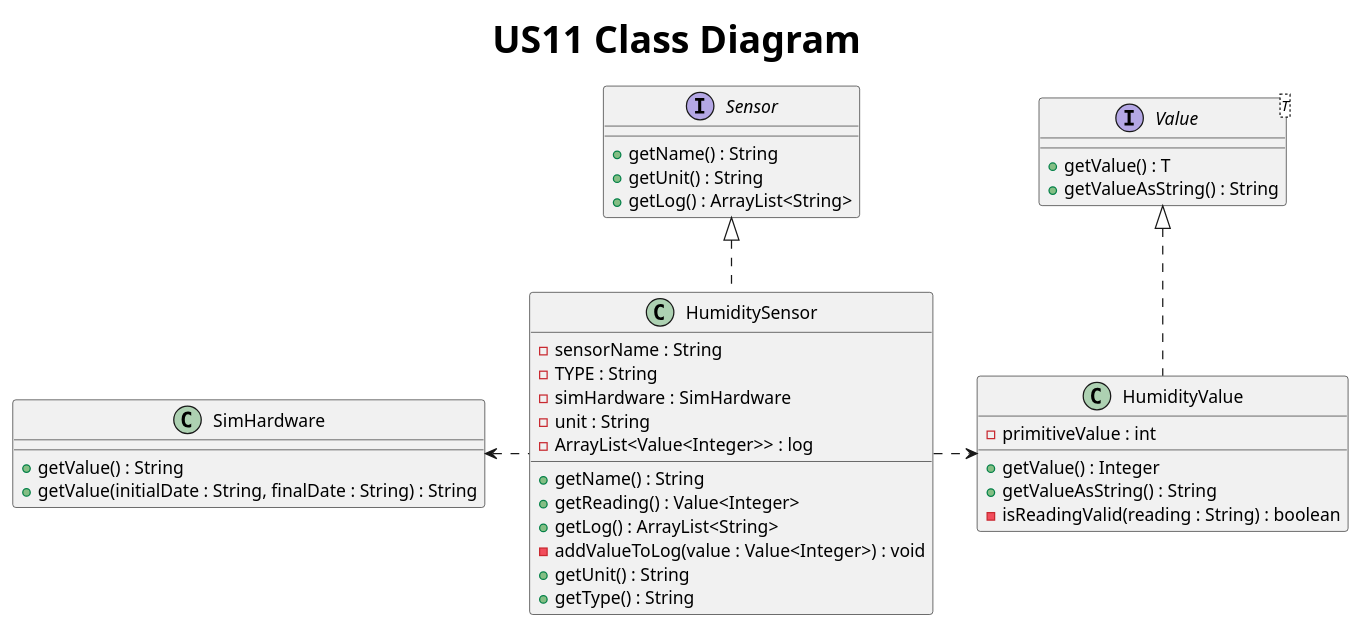
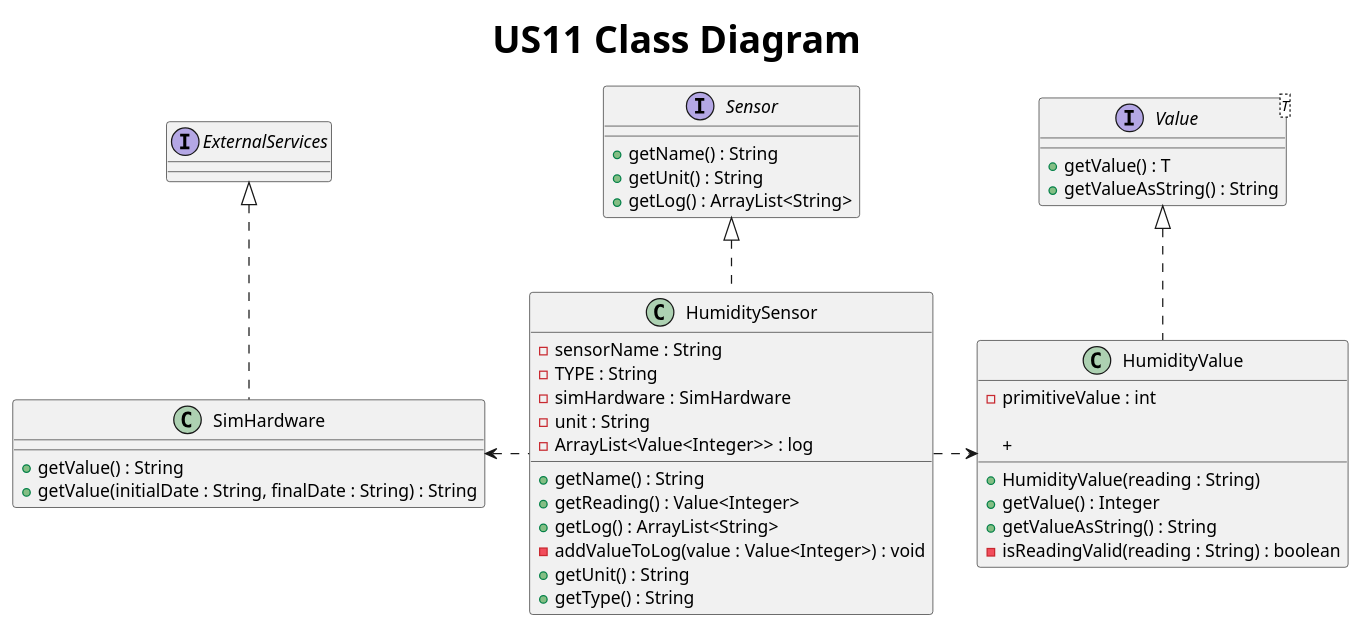
One commit to AfonsoNeves77/smartHouse changed the diagram in Docs/US11/S3US11ClassDiagram.puml. Above: the diagram before and after it, drawn with PlantUML. The commit also changed 11 other files, not shown here.

Commit message:
Team review : Updated ClassDiagrams for sensors classes.

```diff
--- a/Docs/US11/S3US11ClassDiagram.puml
+++ b/Docs/US11/S3US11ClassDiagram.puml
@@ -1,48 +1,54 @@
 @startuml
 title <size: 30> US11 Class Diagram
 
 interface Sensor {
     + getName() : String
     + getUnit() : String
     + getLog() : ArrayList<String>
 }
 
 interface Value<T> {
     + getValue() : T
     + getValueAsString() : String
 }
 
 class SimHardware {
      + getValue() : String
      + getValue(initialDate : String, finalDate : String) : String
 }
 
 class HumiditySensor {
     - sensorName : String
     - TYPE : String
     - simHardware : SimHardware
     - unit : String
     - ArrayList<Value<Integer>> : log
 
     + getName() : String
     + getReading() : Value<Integer>
     + getLog() : ArrayList<String>
     - addValueToLog(value : Value<Integer>) : void
     + getUnit() : String
     + getType() : String
 }
 
 class HumidityValue {
     - primitiveValue : int
 
+    +
+    + HumidityValue(reading : String)
     + getValue() : Integer
     + getValueAsString() : String
     - isReadingValid(reading : String) : boolean
+}
+
+interface ExternalServices{
 }
 
 Value <|.. HumidityValue
 Sensor <|.. HumiditySensor
 HumiditySensor .right.> HumidityValue
 HumiditySensor .left.> SimHardware
+ExternalServices <|.. SimHardware
 
 @enduml
```
